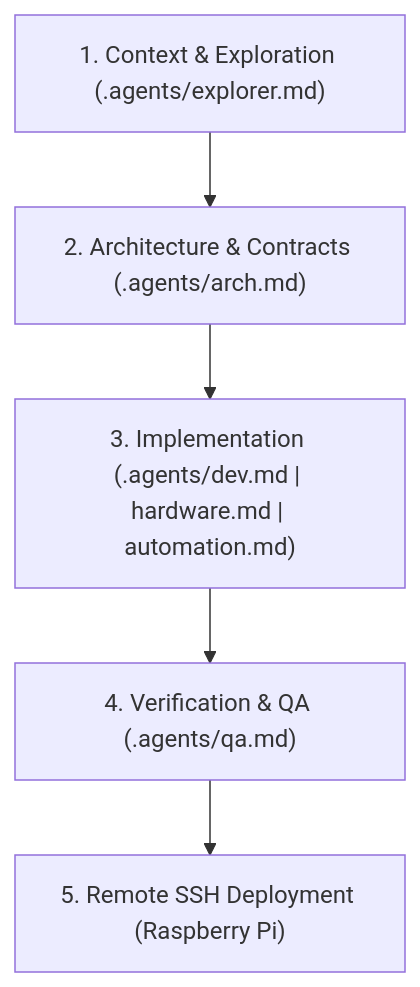
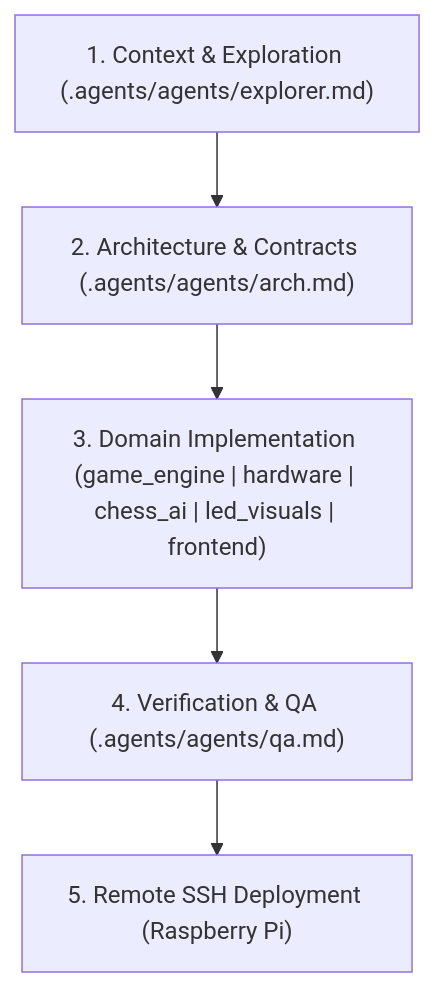
Before and after one commit to Niorb/Smart-Chess-Board: the diagram in .agents/skills/agentic-orchestrator/SKILL.md, drawn with Mermaid. The commit also changed other lines of this file and 14 other files, not shown here.

Commit message:
feat(agents): redesign and specialize agent fleet for current codebase architecture

````diff
--- a/.agents/skills/agentic-orchestrator/SKILL.md
+++ b/.agents/skills/agentic-orchestrator/SKILL.md
@@ -40,7 +42,7 @@
 ```mermaid
 graph TD
-    A["1. Context & Exploration (.agents/explorer.md)"] --> B["2. Architecture & Contracts (.agents/arch.md)"]
-    B --> C["3. Implementation (.agents/dev.md | hardware.md | automation.md)"]
-    C --> D["4. Verification & QA (.agents/qa.md)"]
+    A["1. Context & Exploration (.agents/agents/explorer.md)"] --> B["2. Architecture & Contracts (.agents/agents/arch.md)"]
+    B --> C["3. Domain Implementation (game_engine | hardware | chess_ai | led_visuals | frontend)"]
+    C --> D["4. Verification & QA (.agents/agents/qa.md)"]
     D --> E["5. Remote SSH Deployment (Raspberry Pi)"]
 ```
````
